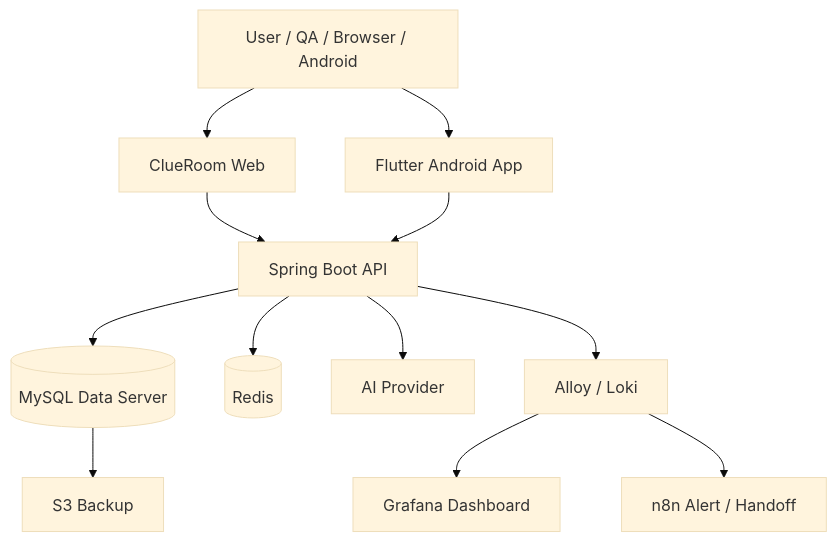
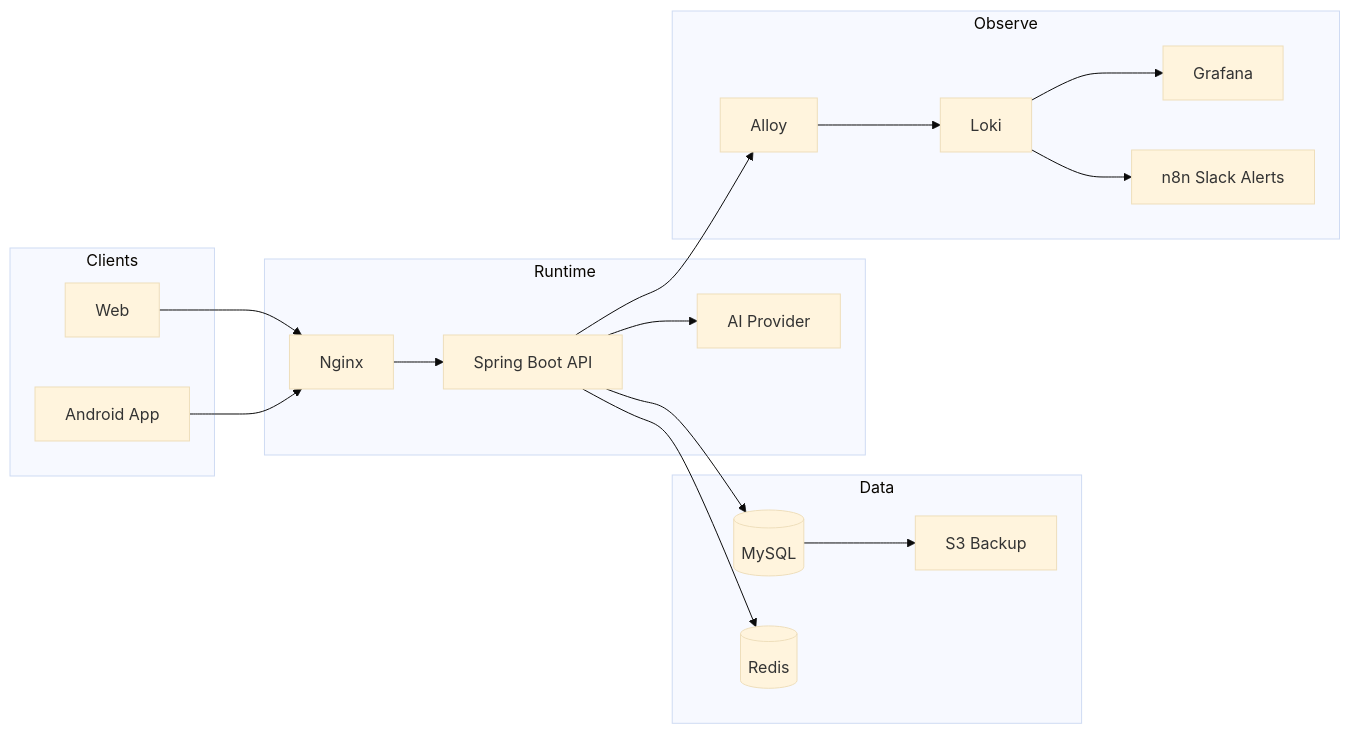
One commit to Final-Project-sixteam-company/.github changed the second of 2 diagrams in profile/README.md. Above: the diagram before and after it, drawn with Mermaid (base theme). The commit also changed other lines of this file, not shown here.

````diff
--- a/profile/README.md
+++ b/profile/README.md
@@ -64,16 +77,35 @@
 ```mermaid
-flowchart TB
-    User[User / QA / Browser / Android] --> Web[ClueRoom Web]
-    User --> App[Flutter Android App]
-    Web --> API[Spring Boot API]
-    App --> API
+flowchart LR
+    subgraph Clients
+        Web[Web]
+        Android[Android App]
+    end
 
-    API --> DB[(MySQL Data Server)]
-    API --> Redis[(Redis)]
-    API --> AI[AI Provider]
+    subgraph Runtime
+        Nginx[Nginx]
+        API[Spring Boot API]
+        AI[AI Provider]
+    end
 
-    API --> Logs[Alloy / Loki]
-    Logs --> Grafana[Grafana Dashboard]
-    Logs --> N8N[n8n Alert / Handoff]
-    DB --> Backup[S3 Backup]
+    subgraph Data
+        MySQL[(MySQL)]
+        Redis[(Redis)]
+        S3[S3 Backup]
+    end
+
+    subgraph Observe
+        Alloy[Alloy]
+        Loki[Loki]
+        Grafana[Grafana]
+        N8N[n8n Slack Alerts]
+    end
+
+    Web --> Nginx --> API
+    Android --> Nginx
+    API --> MySQL
+    API --> Redis
+    API --> AI
+    MySQL --> S3
+    API --> Alloy --> Loki --> Grafana
+    Loki --> N8N
 ```
````
